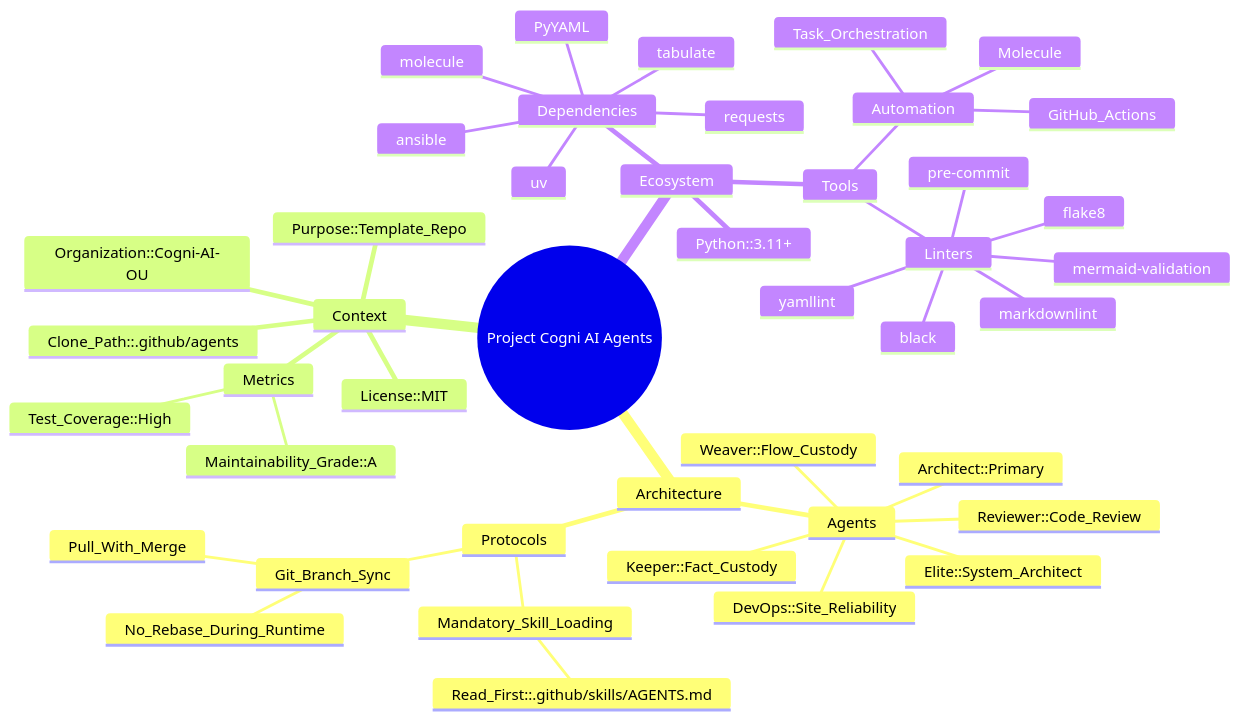
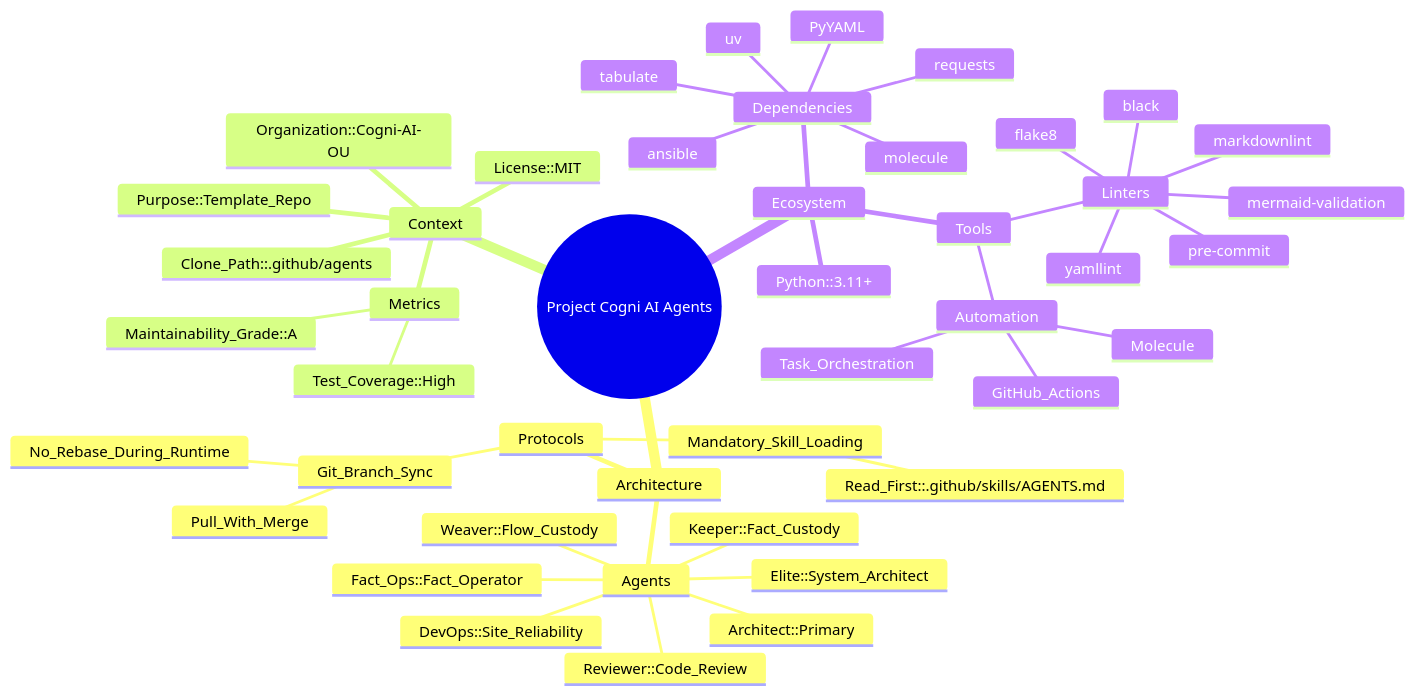
The diagram in FACTS.mmd (Cogni-AI-OU/cogni-ai-agents), drawn with Mermaid before and after one commit. The commit also changed 2 other files, not shown here.

Commit message:
feat: add Cogni AI Fact Ops agent and update documentation

```diff
--- a/FACTS.mmd
+++ b/FACTS.mmd
@@ -1,47 +1,48 @@
 %% Project's facts
 %% Note: Keep items in alphabetical order.
 mindmap
   root((Project Cogni AI Agents))
     Architecture
       Agents
         Architect::Primary
         DevOps::Site_Reliability
         Elite::System_Architect
+        Fact_Ops::Fact_Operator
         Keeper::Fact_Custody
         Reviewer::Code_Review
         Weaver::Flow_Custody
       Protocols
         Git_Branch_Sync
           No_Rebase_During_Runtime
           Pull_With_Merge
         Mandatory_Skill_Loading
           Read_First::.github/skills/AGENTS.md
     Context
       Clone_Path::.github/agents
       License::MIT
       Metrics
         Maintainability_Grade::A
         Test_Coverage::High
       Organization::Cogni-AI-OU
       Purpose::Template_Repo
     Ecosystem
       Dependencies
         PyYAML
         ansible
         molecule
         requests
         tabulate
         uv
       Python::3.11+
       Tools
         Automation
           GitHub_Actions
           Molecule
           Task_Orchestration
         Linters
           black
           flake8
           markdownlint
           mermaid-validation
           pre-commit
           yamllint
```
